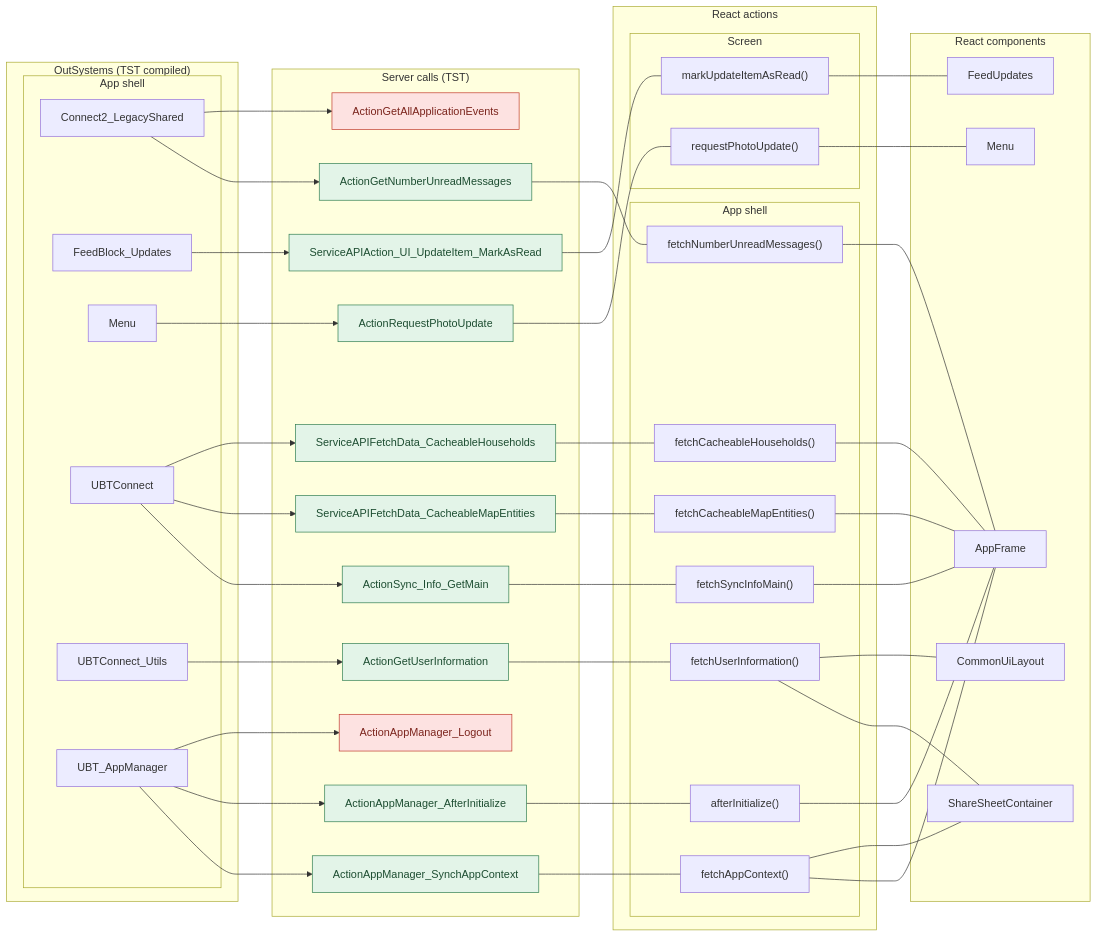
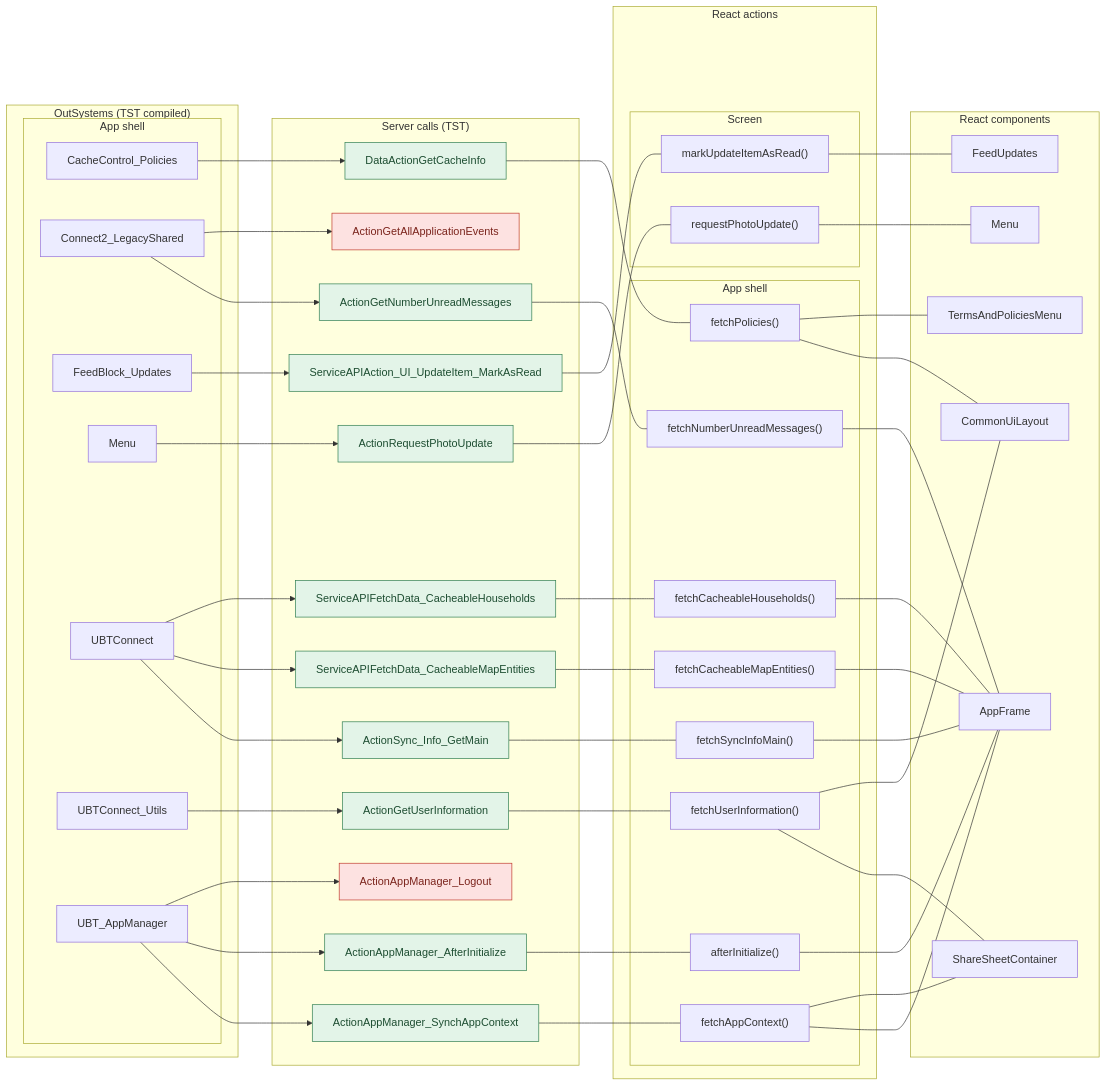
Before and after one commit to Phoenix-DX/connect-new-ui: the first of 16 diagrams in route-actions/APP_SHELL.md, drawn with Mermaid. The commit also changed other lines of this file and 6 other files, not shown here.

Commit message:
route actions: TermsAndPoliciesMenu checked (0 calls, 0 missing, 0 questions); tool: showFeedbackMessage with a variable, OpenInNewTab as external link, React branches on a named const

````diff
--- a/route-actions/APP_SHELL.md
+++ b/route-actions/APP_SHELL.md
@@ -19,82 +19,90 @@
 flowchart LR
   subgraph OS["OutSystems (TST compiled)"]
     subgraph OS_shell["App shell"]
-      o0["Connect2_LegacyShared"]
-      o1["FeedBlock_Updates"]
-      o2["Menu"]
-      o3["UBTConnect"]
-      o4["UBTConnect_Utils"]
-      o5["UBT_AppManager"]
+      o0["CacheControl_Policies"]
+      o1["Connect2_LegacyShared"]
+      o2["FeedBlock_Updates"]
+      o3["Menu"]
+      o4["UBTConnect"]
+      o5["UBTConnect_Utils"]
+      o6["UBT_AppManager"]
     end
   end
   subgraph EP["Server calls (TST)"]
-    e6["ActionAppManager_SynchAppContext"]
-    e7["ActionAppManager_AfterInitialize"]
-    e8["ActionSync_Info_GetMain"]
-    e9["ActionGetUserInformation"]
-    e10["ActionGetNumberUnreadMessages"]
-    e11["ServiceAPIFetchData_CacheableMapEntities"]
-    e12["ServiceAPIFetchData_CacheableHouseholds"]
-    e13["ServiceAPIAction_UI_UpdateItem_MarkAsRead"]
-    e14["ActionGetAllApplicationEvents"]
-    e15["ActionRequestPhotoUpdate"]
-    e16["ActionAppManager_Logout"]
+    e7["ActionAppManager_SynchAppContext"]
+    e8["ActionAppManager_AfterInitialize"]
+    e9["ActionSync_Info_GetMain"]
+    e10["ActionGetUserInformation"]
+    e11["ActionGetNumberUnreadMessages"]
+    e12["ServiceAPIFetchData_CacheableMapEntities"]
+    e13["ServiceAPIFetchData_CacheableHouseholds"]
+    e14["ServiceAPIAction_UI_UpdateItem_MarkAsRead"]
+    e15["ActionGetAllApplicationEvents"]
+    e16["ActionRequestPhotoUpdate"]
+    e17["ActionAppManager_Logout"]
+    e18["DataActionGetCacheInfo"]
   end
   subgraph RE["React actions"]
     subgraph RE_shell["App shell"]
-      r17["afterInitialize()"]
-      r18["fetchAppContext()"]
-      r19["fetchCacheableHouseholds()"]
-      r20["fetchCacheableMapEntities()"]
-      r21["fetchNumberUnreadMessages()"]
-      r22["fetchSyncInfoMain()"]
-      r23["fetchUserInformation()"]
+      r19["afterInitialize()"]
+      r20["fetchAppContext()"]
+      r21["fetchCacheableHouseholds()"]
+      r22["fetchCacheableMapEntities()"]
+      r23["fetchNumberUnreadMessages()"]
+      r24["fetchPolicies()"]
+      r25["fetchSyncInfoMain()"]
+      r26["fetchUserInformation()"]
     end
     subgraph RE_page["Screen"]
-      r24["markUpdateItemAsRead()"]
-      r25["requestPhotoUpdate()"]
+      r27["markUpdateItemAsRead()"]
+      r28["requestPhotoUpdate()"]
     end
   end
   subgraph RC["React components"]
-    c26["AppFrame"]
-    c27["CommonUiLayout"]
-    c28["FeedUpdates"]
-    c29["Menu"]
-    c30["ShareSheetContainer"]
+    c29["AppFrame"]
+    c30["CommonUiLayout"]
+    c31["FeedUpdates"]
+    c32["Menu"]
+    c33["ShareSheetContainer"]
+    c34["TermsAndPoliciesMenu"]
   end
-  r17 --- c26
-  r18 --- c26
-  r19 --- c26
-  r20 --- c26
-  r21 --- c26
-  r22 --- c26
-  r18 --- c30
-  r23 --- c30
-  r23 --- c27
-  r24 --- c28
+  r19 --- c29
+  r20 --- c29
+  r21 --- c29
+  r22 --- c29
+  r23 --- c29
   r25 --- c29
-  o5 --> e6
-  o5 --> e7
-  o5 --> e16
-  o3 --> e8
-  o3 --> e11
-  o3 --> e12
+  r20 --- c33
+  r26 --- c33
+  r24 --- c30
+  r26 --- c30
+  r27 --- c31
+  r28 --- c32
+  r24 --- c34
+  o6 --> e7
+  o6 --> e8
+  o6 --> e17
   o4 --> e9
-  o0 --> e10
-  o0 --> e14
-  o1 --> e13
-  o2 --> e15
-  e6 --- r18
-  e7 --- r17
-  e8 --- r22
-  e9 --- r23
-  e10 --- r21
-  e11 --- r20
-  e12 --- r19
-  e13 --- r24
-  e15 --- r25
+  o4 --> e12
+  o4 --> e13
+  o5 --> e10
+  o1 --> e11
+  o1 --> e15
+  o2 --> e14
+  o3 --> e16
+  o0 --> e18
+  e7 --- r20
+  e8 --- r19
+  e9 --- r25
+  e10 --- r26
+  e11 --- r23
+  e12 --- r22
+  e13 --- r21
+  e14 --- r27
+  e16 --- r28
+  e18 --- r24
   classDef missing fill:#fde2e1,stroke:#c0392b,color:#7b241c
   classDef ok fill:#e3f4e8,stroke:#2e7d4f,color:#1d4d31
-  class e14,e16 missing
-  class e6,e7,e8,e9,e10,e11,e12,e13,e15 ok
+  class e15,e17 missing
+  class e7,e8,e9,e10,e11,e12,e13,e14,e16,e18 ok
 ```
````
